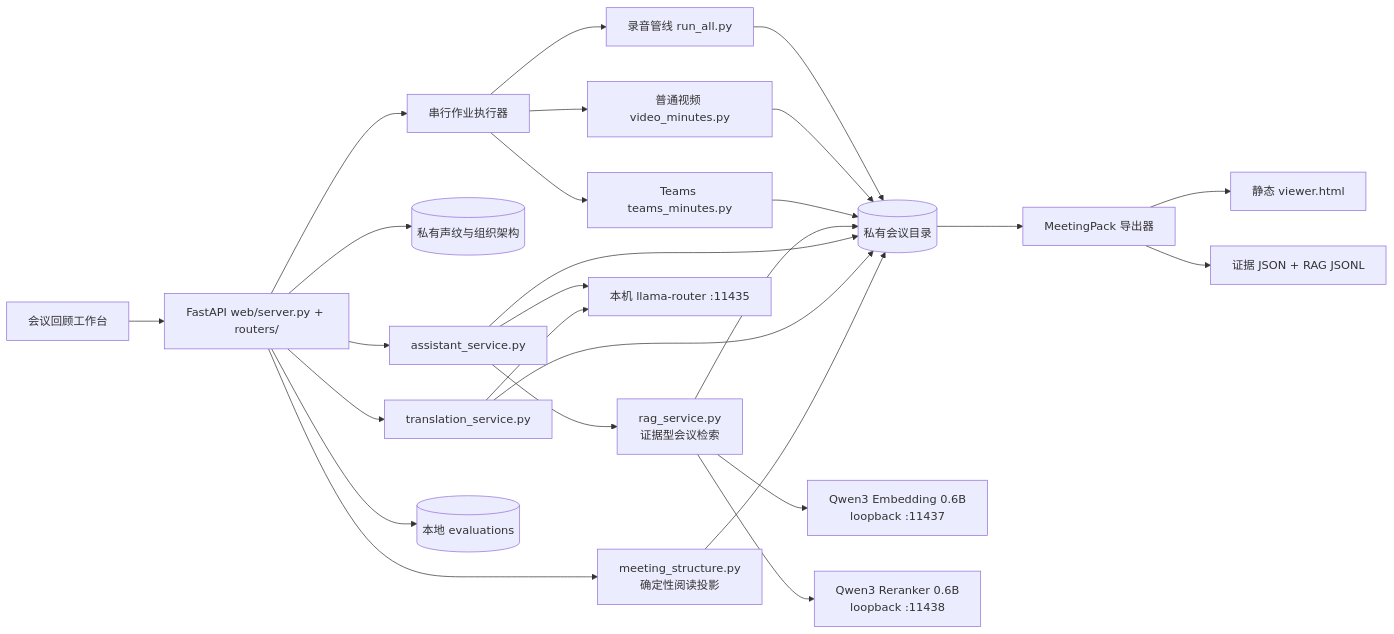
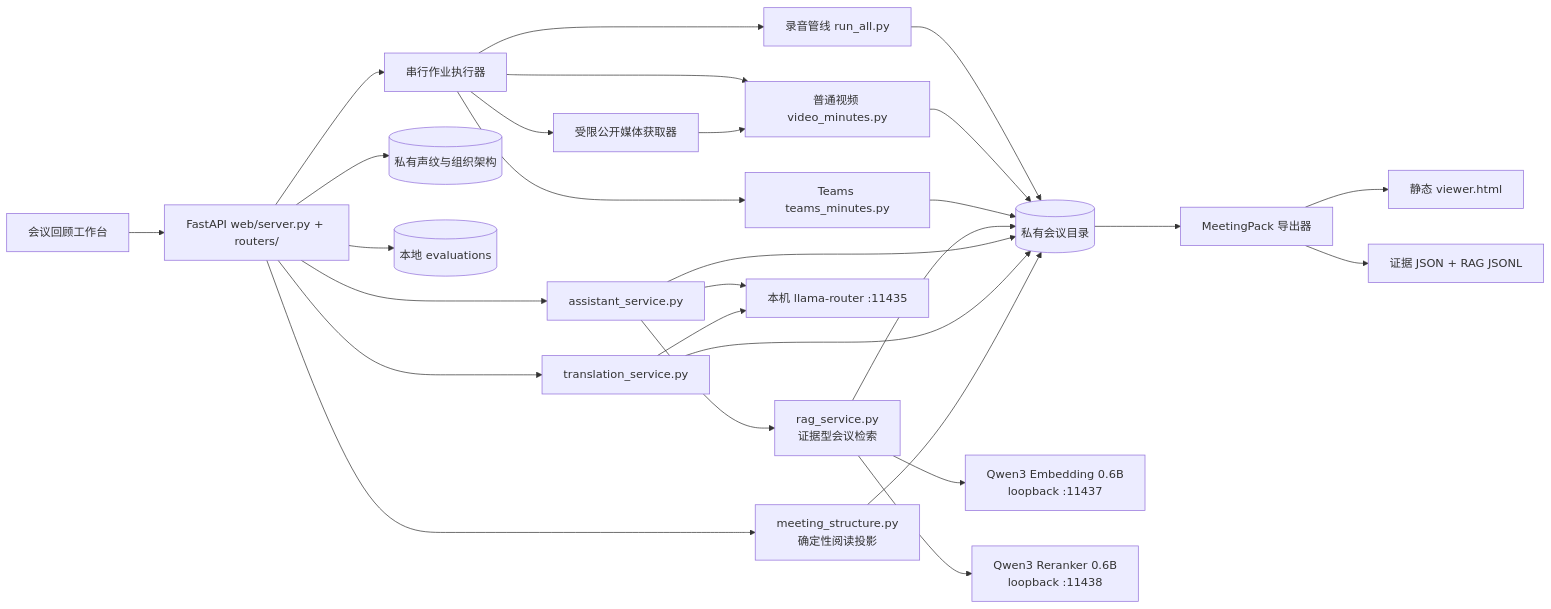
One commit to JohnnyBGoodeLithium/Local-Video-Meeting-Minutes changed the diagram in docs/ARCHITECTURE.md. Above: the diagram before and after it, drawn with Mermaid. The commit also changed other lines of this file and 29 other files, not shown here.

````diff
--- a/docs/ARCHITECTURE.md
+++ b/docs/ARCHITECTURE.md
@@ -11,28 +11,30 @@
 ```mermaid
 flowchart LR
     UI[会议回顾工作台] --> API[FastAPI web/server.py + routers/]
     API --> JOBS[串行作业执行器]
+    JOBS --> URL[受限公开媒体获取器]
     JOBS --> AUDIO[录音管线 run_all.py]
     JOBS --> VIDEO[普通视频 video_minutes.py]
     JOBS --> TEAMS[Teams teams_minutes.py]
     AUDIO --> DATA[(私有会议目录)]
     VIDEO --> DATA
     TEAMS --> DATA
+    URL --> VIDEO
     API --> BANK[(私有声纹与组织架构)]
     API --> ASSIST[assistant_service.py]
     ASSIST --> MRAG[rag_service.py\n证据型会议检索]
     MRAG --> DATA
     MRAG --> EMBED[Qwen3 Embedding 0.6B\nloopback :11437]
     MRAG --> RERANK[Qwen3 Reranker 0.6B\nloopback :11438]
     ASSIST --> ROUTER[本机 llama-router :11435]
     ASSIST --> DATA
     API --> TRANS[translation_service.py]
     TRANS --> ROUTER
     TRANS --> DATA
     API --> STRUCT[meeting_structure.py\n确定性阅读投影]
     STRUCT --> DATA
     API --> EVAL[(本地 evaluations)]
     DATA --> EXPORT[MeetingPack 导出器]
     EXPORT --> VIEWER[静态 viewer.html]
     EXPORT --> RAG[证据 JSON + RAG JSONL]
 ```
````
